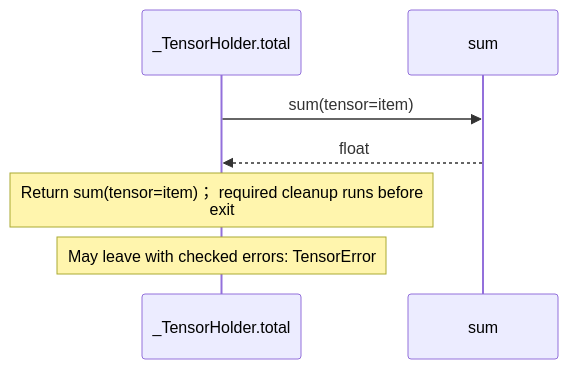
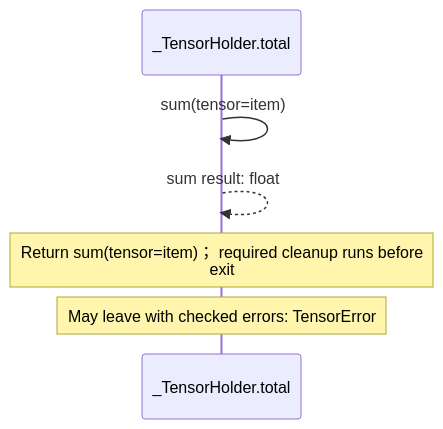
One commit to GreenPandaStudios/augscript changed the seventh of 7 diagrams in docs/examples/native-pytorch/dependencies/packages/@greenpandastudios/aug-pytorch/0.1.6/api-diagrams.md. Above: the diagram before and after it, drawn with Mermaid. The commit also changed other lines of this file and 304 other files, not shown here.

Commit message:
Make generated data-flow sequences concise and review every diagram

````diff
--- a/docs/examples/native-pytorch/dependencies/packages/@greenpandastudios/aug-pytorch/0.1.6/api-diagrams.md
+++ b/docs/examples/native-pytorch/dependencies/packages/@greenpandastudios/aug-pytorch/0.1.6/api-diagrams.md
@@ -225,9 +200,9 @@
 ```mermaid
 sequenceDiagram
     participant p0 as _TensorHolder.total
-    participant p1 as sum
-    p0->>p1: sum(tensor=item)
-    p1-->>p0: float
+
+    p0->>p0: sum(tensor=item)
+    p0-->>p0: sum result: float
     Note over p0: Return sum(tensor=item)； required cleanup runs before<br/>exit
     Note over p0: May leave with checked errors: TensorError
 ```
````
